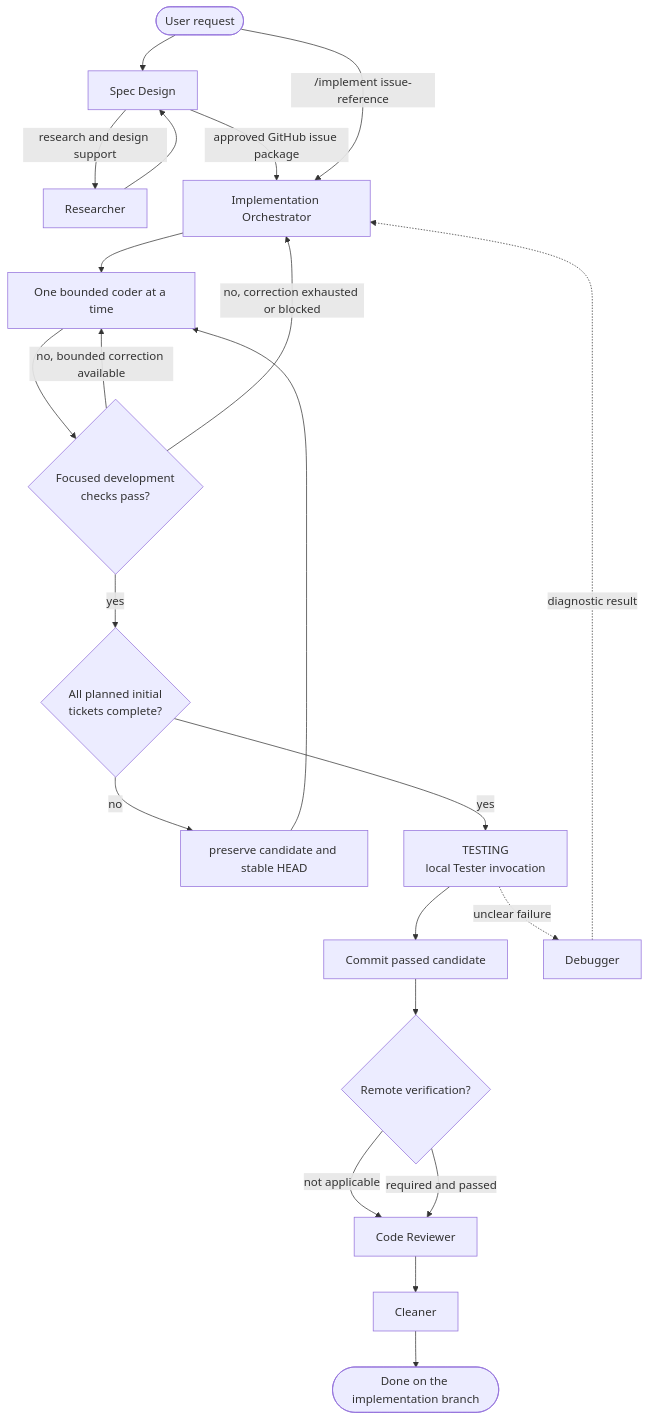
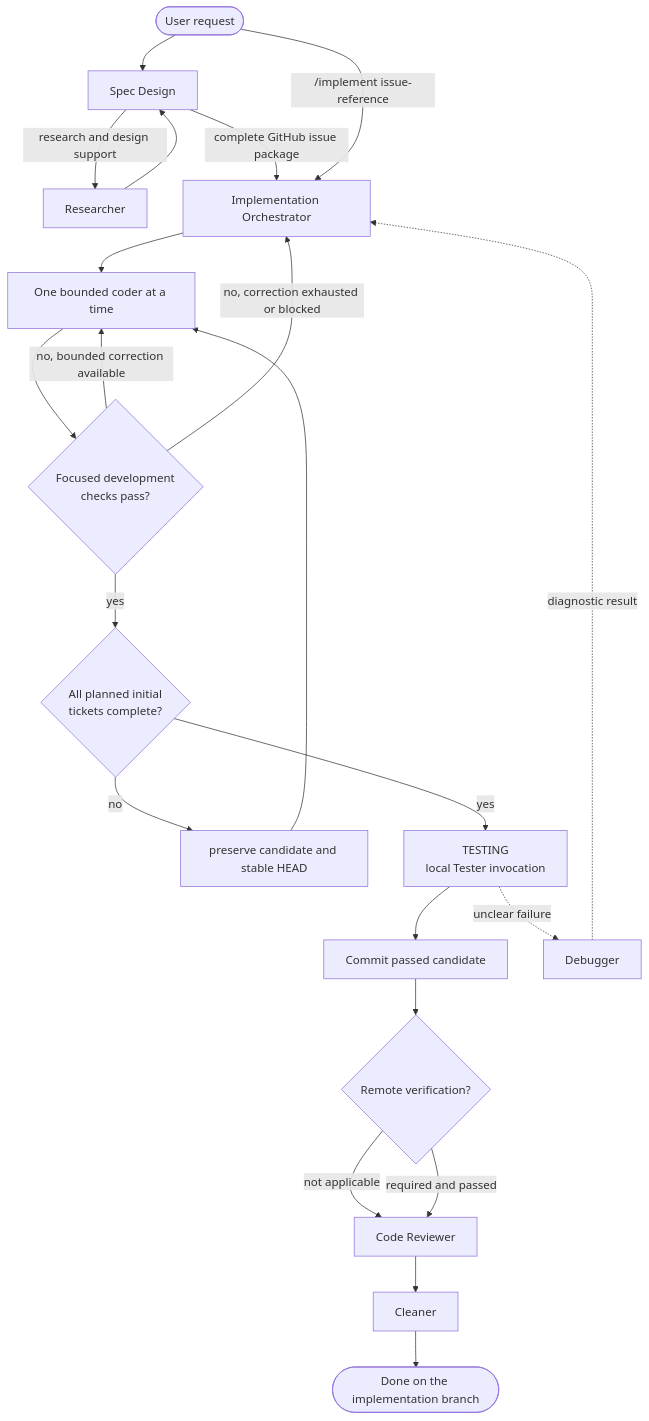
One commit to JohnnyVM/opencode-harness changed the diagram in docs/agents/agent-workflow.md. Above: the diagram before and after it, drawn with Mermaid. The commit also changed other lines of this file and 14 other files, not shown here.

````diff
--- a/docs/agents/agent-workflow.md
+++ b/docs/agents/agent-workflow.md
@@ -13,24 +13,24 @@
 ```mermaid
 flowchart TD
     U([User request]) --> SD[Spec Design]
     SD -->|research and design support| R[Researcher]
     R --> SD
-    SD -->|approved GitHub issue package| O[Implementation Orchestrator]
+    SD -->|complete GitHub issue package| O[Implementation Orchestrator]
     U -->|/implement issue-reference| O
     O --> C[One bounded coder at a time]
     C --> FC{Focused development<br/>checks pass?}
     FC -->|no, bounded correction available| C
     FC -->|no, correction exhausted or blocked| O
     FC -->|yes| MORE{All planned initial<br/>tickets complete?}
     MORE -->|no| C2[preserve candidate and stable HEAD]
     C2 --> C
     MORE -->|yes| T[TESTING<br/>local Tester invocation]
     T --> CM[Commit passed candidate]
     CM --> RT{Remote verification?}
     RT -->|not applicable| CR[Code Reviewer]
     RT -->|required and passed| CR
     CR --> CL[Cleaner]
     CL --> DONE([Done on the implementation branch])
     T -. unclear failure .-> D[Debugger]
     D -. diagnostic result .-> O
 ```
````
